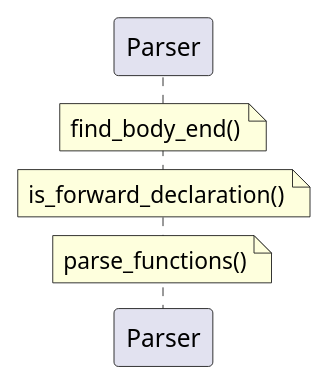
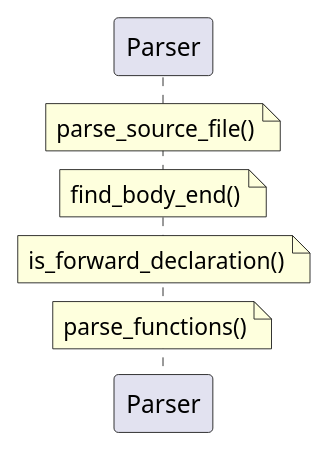
The diagram in docs/generated/sequences/REQ-PARSE-001.puml (tvanfossen/doxygen-guard), drawn with PlantUML before and after one commit. The commit also changed 6 other files, not shown here.

First line of the commit message:
Extract parse_source_file() — eliminate 3-module DRY violation

```diff
--- a/docs/generated/sequences/REQ-PARSE-001.puml
+++ b/docs/generated/sequences/REQ-PARSE-001.puml
@@ -1,10 +1,11 @@
 @startuml REQ-PARSE-001
 autonumber
 
 participant "Parser" as Parser
 
+note over Parser: parse_source_file()
 note over Parser: find_body_end()
 note over Parser: is_forward_declaration()
 note over Parser: parse_functions()
 
 @enduml
```
